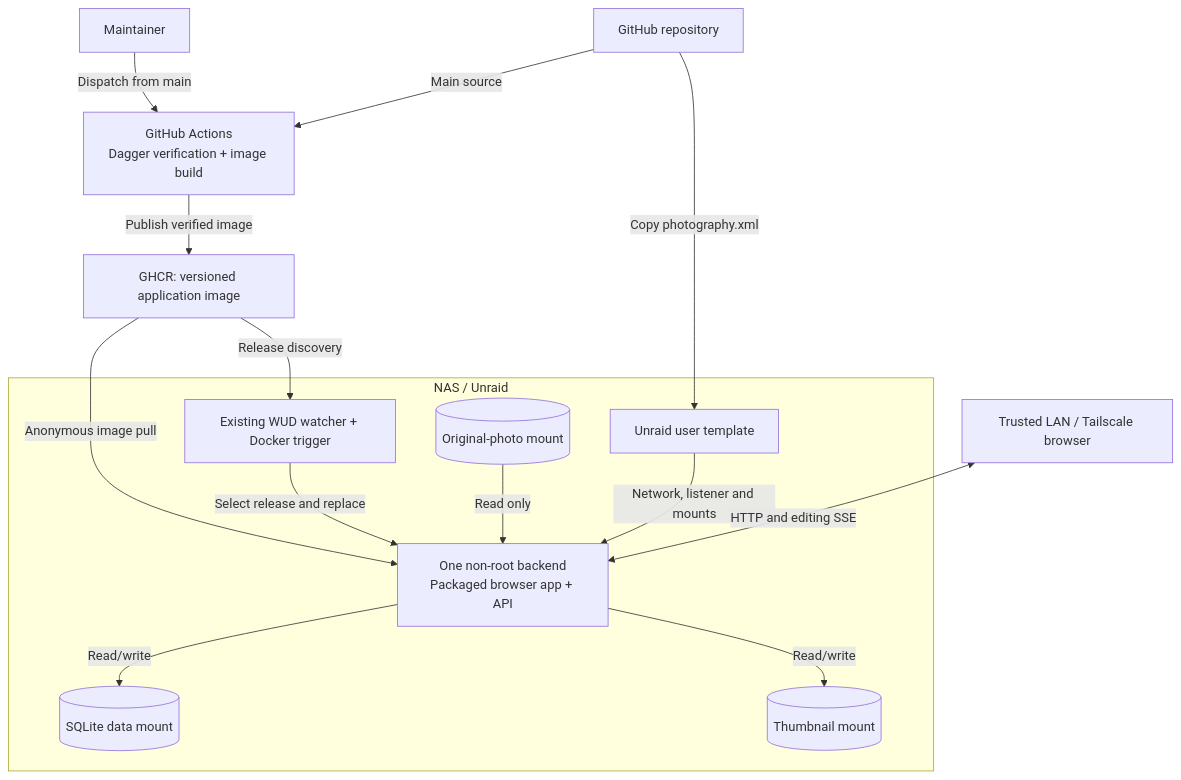
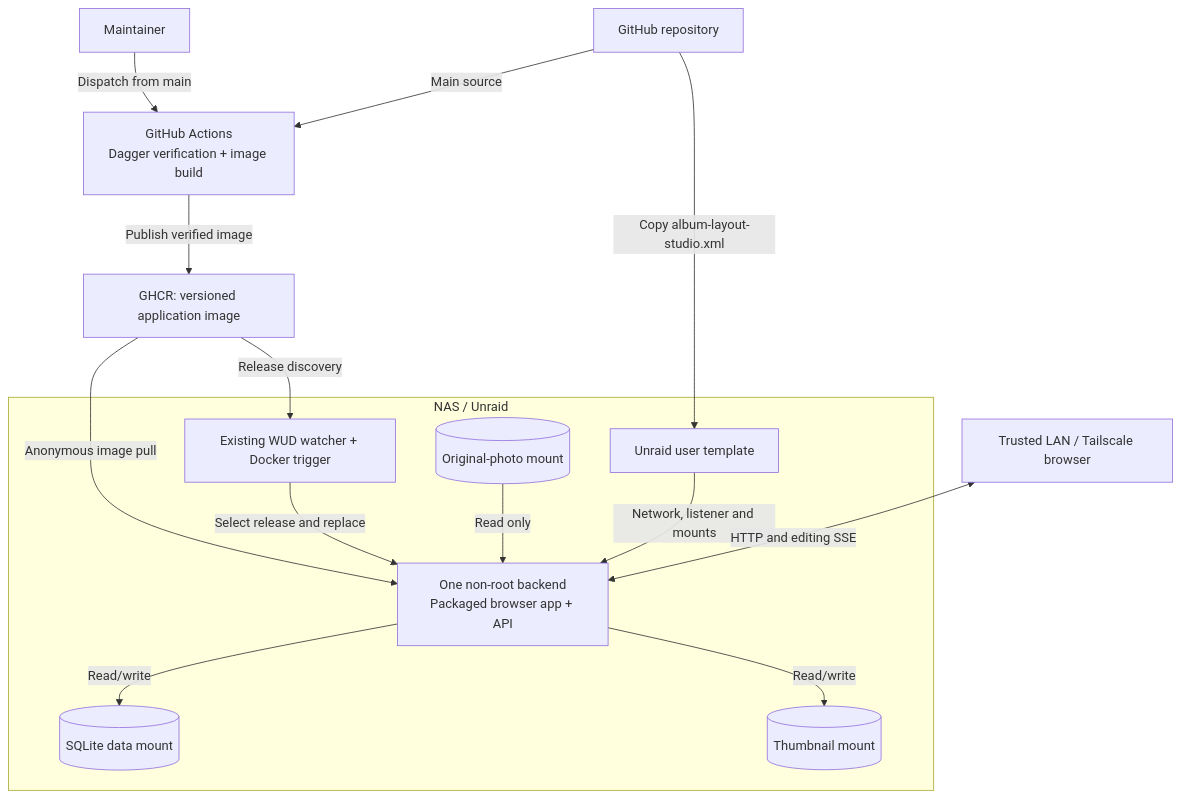
Before and after one commit to cosminci/photography: the first of 2 diagrams in specs/operational.md, drawn with Mermaid. The commit also changed other lines of this file and 6 other files, not shown here.

First line of the commit message:
Rename deployment to Album Layout Studio (#160)

````diff
--- a/specs/operational.md
+++ b/specs/operational.md
@@ -26,18 +26,18 @@
 ```mermaid
 flowchart TB
   Maintainer["Maintainer"] -->|Dispatch from main| GitHub["GitHub Actions<br/>Dagger verification + image build"]
   Repository["GitHub repository"] -->|Main source| GitHub
   GitHub -->|Publish verified image| GHCR["GHCR: versioned application image"]
-  Repository -->|Copy photography.xml| Template
+  Repository -->|Copy album-layout-studio.xml| Template
   subgraph NAS["NAS / Unraid"]
     Template["Unraid user template"]
     Template -->|Network, listener and mounts| Backend["One non-root backend<br/>Packaged browser app + API"]
     WUD["Existing WUD watcher + Docker trigger"] -->|Select release and replace| Backend
     Backend -->|Read/write| Database[("SQLite data mount")]
     Backend -->|Read/write| Thumbnails[("Thumbnail mount")]
     Originals[("Original-photo mount")] -->|Read only| Backend
   end
   GHCR -->|Anonymous image pull| Backend
   GHCR -->|Release discovery| WUD
   Browser["Trusted LAN / Tailscale browser"] <-->|HTTP and editing SSE| Backend
 ```
````
